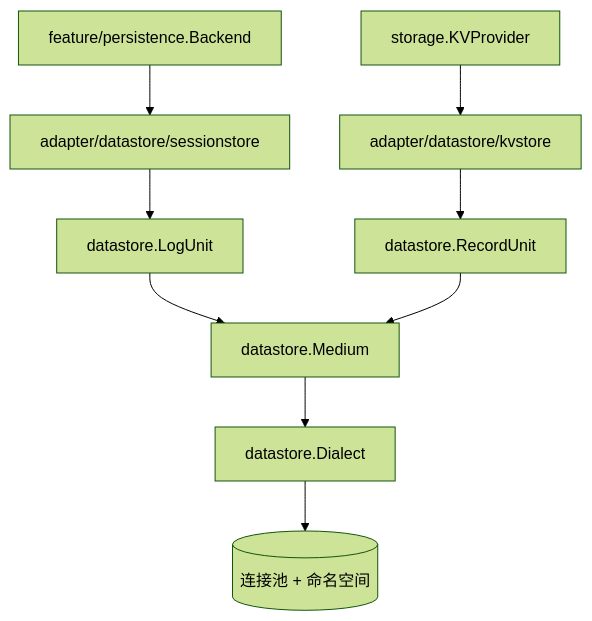
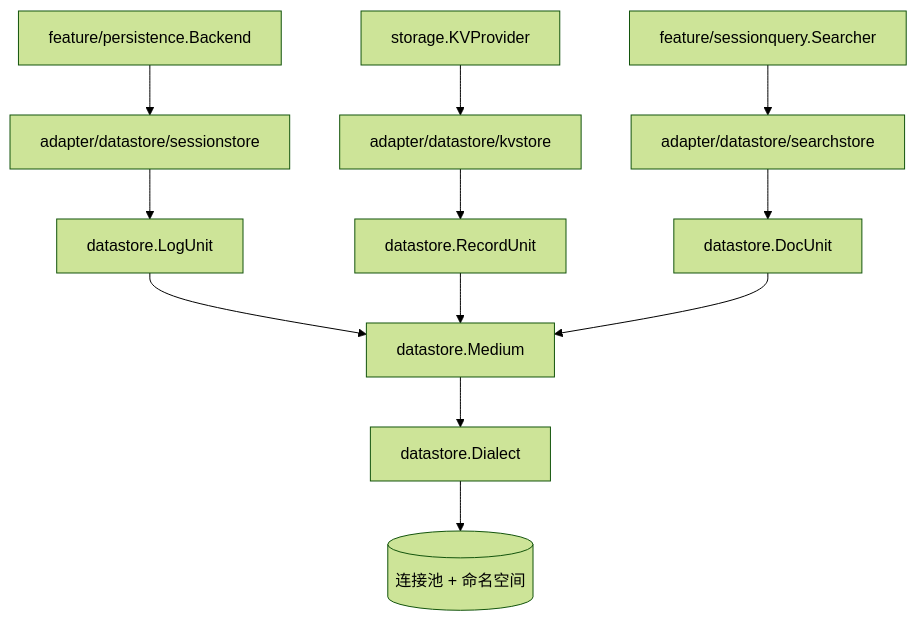
One commit to snight1983/ds-harness-go changed the diagram in docs/modules/datastore.md. Above: the diagram before and after it, drawn with Mermaid (forest theme). The commit also changed other lines of this file and 264 other files, not shown here.

````diff
--- a/docs/modules/datastore.md
+++ b/docs/modules/datastore.md
@@ -22,11 +22,14 @@
 ```mermaid
 flowchart TB
     Session["feature/persistence.Backend"] --> SS["adapter/datastore/sessionstore"]
     Storage["storage.KVProvider"] --> KV["adapter/datastore/kvstore"]
+    Query["feature/sessionquery.Searcher"] --> Search["adapter/datastore/searchstore"]
     SS --> Log["datastore.LogUnit"]
     KV --> Rec["datastore.RecordUnit"]
+    Search --> Docs["datastore.DocUnit"]
     Log --> Medium["datastore.Medium"]
     Rec --> Medium
+    Docs --> Medium
     Medium --> Dialect["datastore.Dialect"]
     Dialect --> DB[("连接池 + 命名空间")]
 ```
````
